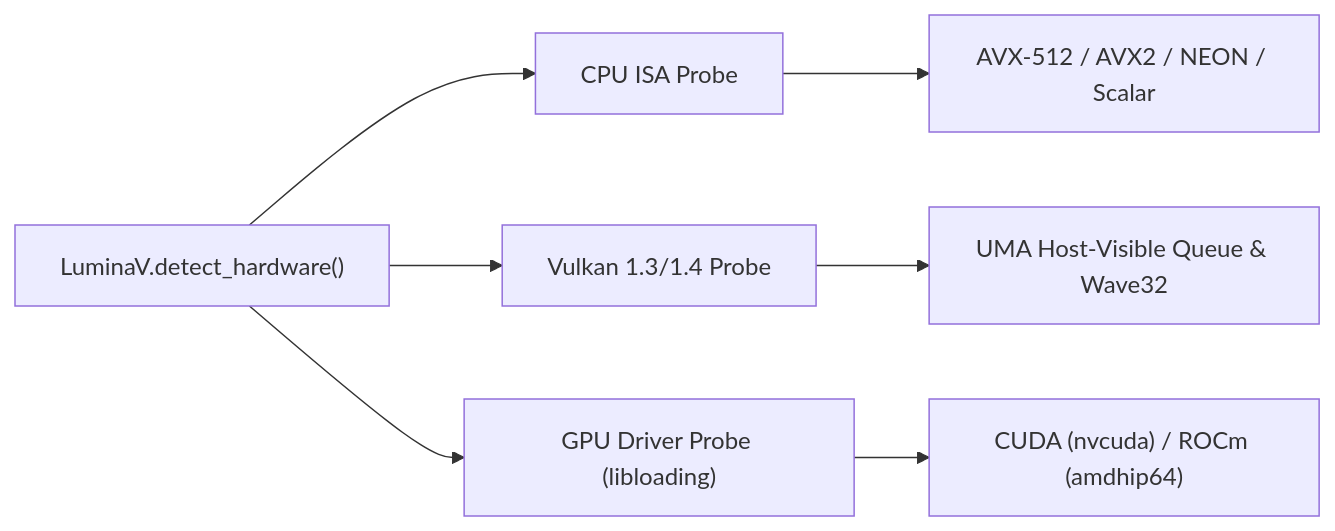
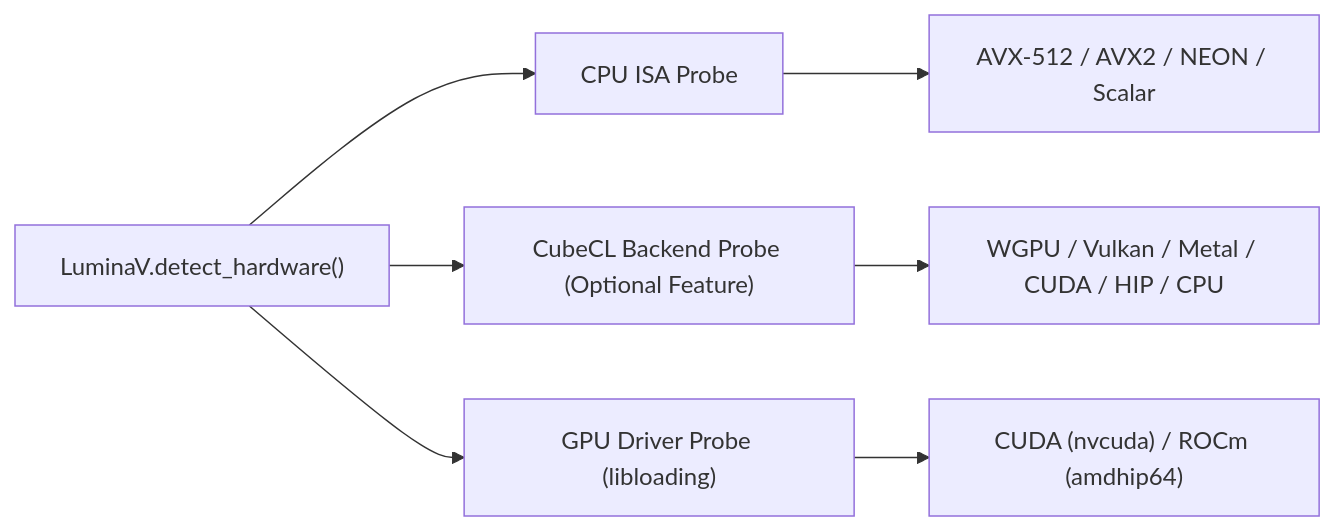
One commit to cloverx-id/luminamoon changed the first of 2 diagrams in docs/optimize/dispatch/README.md. Above: the diagram before and after it, drawn with Mermaid. The commit also changed other lines of this file and 49 other files, not shown here.

````diff
--- a/docs/optimize/dispatch/README.md
+++ b/docs/optimize/dispatch/README.md
@@ -11,9 +11,9 @@
 ```mermaid
 flowchart LR
     Probe["LuminaV.detect_hardware()"] --> CPU["CPU ISA Probe"]
-    Probe --> VK["Vulkan 1.3/1.4 Probe"]
+    Probe --> CubeCL["CubeCL Backend Probe (Optional Feature)"]
     Probe --> GPU["GPU Driver Probe (libloading)"]
     CPU --> ISA["AVX-512 / AVX2 / NEON / Scalar"]
-    VK --> UMA["UMA Host-Visible Queue & Wave32"]
+    CubeCL --> Portable["WGPU / Vulkan / Metal / CUDA / HIP / CPU"]
     GPU --> Driver["CUDA (nvcuda) / ROCm (amdhip64)"]
 ```
````
